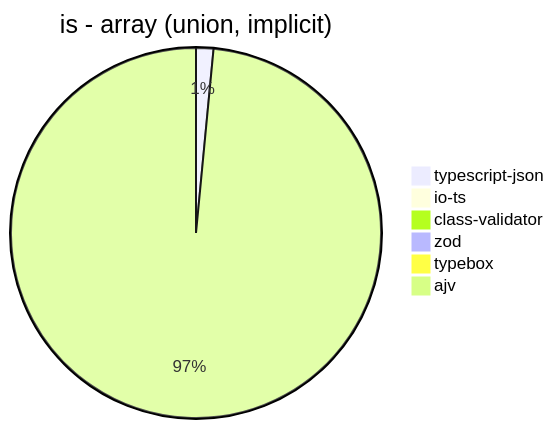
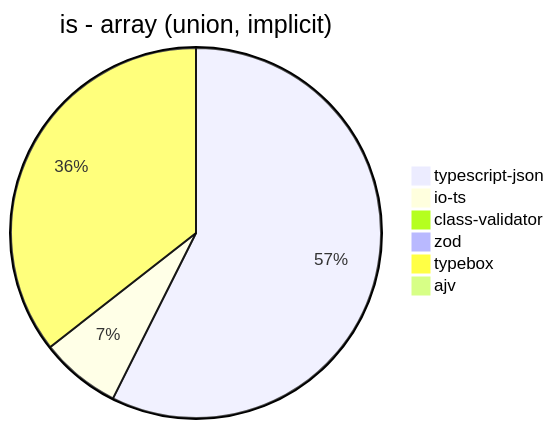
The seventh of 39 diagrams in benchmark/results/AMD Ryzen 7 5800H with Radeon Graphics.md (samchon/typia), drawn with Mermaid before and after one commit. The commit also changed other lines of this file and 1 other file, not shown here.

Commit message:
Complement #254 - drop ajv, but more a revise required

````diff
--- a/benchmark/results/AMD Ryzen 7 5800H with Radeon Graphics.md
+++ b/benchmark/results/AMD Ryzen 7 5800H with Radeon Graphics.md
@@ -87,9 +87,9 @@
 ```mermaid
 pie title is - array (union, implicit)
   "typescript-json": 3712.7172918572737
   "io-ts": 454.3400489549991
   "class-validator": 8.281192491718807
   "zod": 3.763643206624012
   "typebox": 2300.5096468875136
-  "ajv": 241564.039408867
+  "ajv": 0
 ```
````
